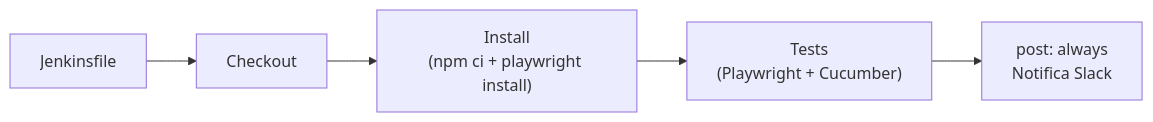
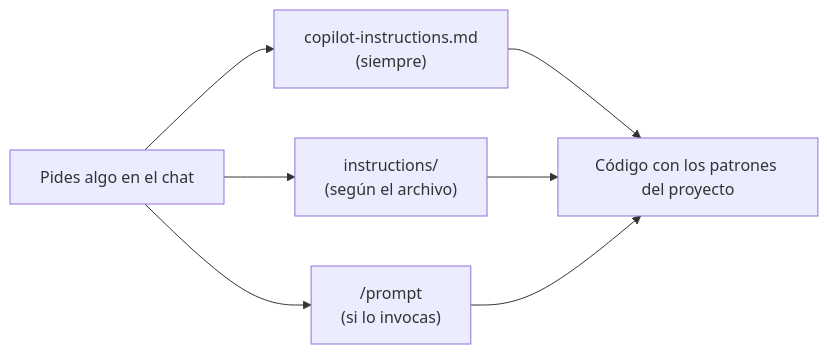
One commit to BrandLuna/playwright-curso changed the second of 2 diagrams in README.md. Above: the diagram before and after it, drawn with Mermaid. The commit also changed other lines of this file, not shown here.

````diff
--- a/README.md
+++ b/README.md
@@ -231,7 +313,9 @@
 ```mermaid
 flowchart LR
-    A["Jenkinsfile"] --> B["Checkout"]
-    B --> C["Install<br/>(npm ci + playwright install)"]
-    C --> D["Tests<br/>(Playwright + Cucumber)"]
-    D --> E["post: always<br/>Notifica Slack"]
+    A["Pides algo en el chat"] --> B["copilot-instructions.md<br/>(siempre)"]
+    A --> C["instructions/<br/>(según el archivo)"]
+    A --> D["/prompt<br/>(si lo invocas)"]
+    B --> E["Código con los patrones del proyecto"]
+    C --> E
+    D --> E
 ```
````
